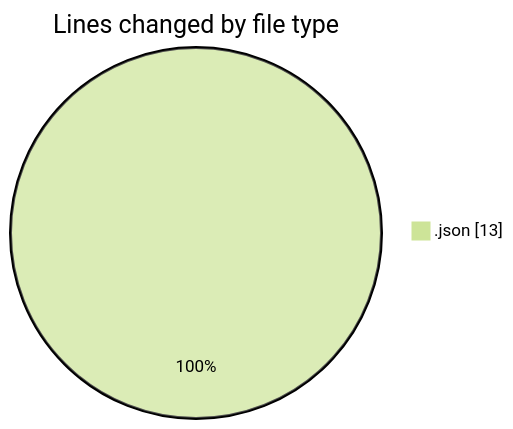
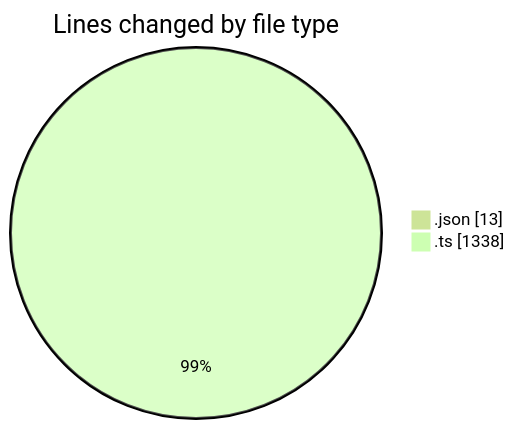
Before and after one commit to tmsrecording-cyber/code-tracking: the first of 2 diagrams in 2026-02-01/singularitybrainai/README.md, drawn with Mermaid (forest theme). The commit also changed other lines of this file and 1 other file, not shown here.

````diff
--- a/2026-02-01/singularitybrainai/README.md
+++ b/2026-02-01/singularitybrainai/README.md
@@ -20,5 +22,6 @@
 ```mermaid
 pie showData
 title Lines changed by file type
 ".json" : 13
+".ts" : 1338
 ```
````
